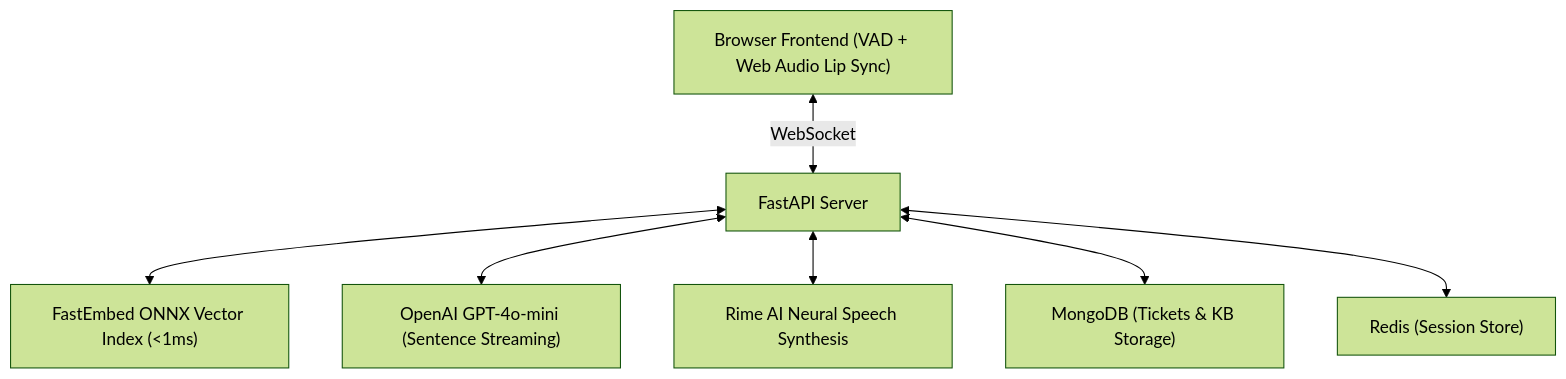
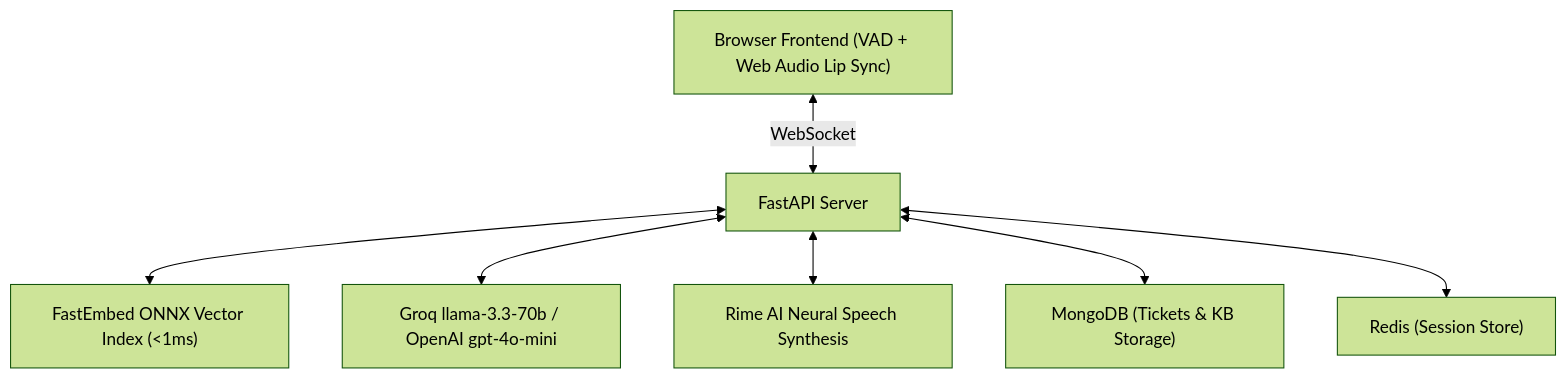
The diagram in README.md (RajaThapak/VoxAssist), drawn with Mermaid (forest theme) before and after one commit. The commit also changed other lines of this file and 6 other files, not shown here.

````diff
--- a/README.md
+++ b/README.md
@@ -24,9 +24,9 @@
 ```mermaid
 flowchart TD
     Client["Browser Frontend (VAD + Web Audio Lip Sync)"] <-->|WebSocket| WS["FastAPI Server"]
     WS <--> RAG["FastEmbed ONNX Vector Index (<1ms)"]
-    WS <--> LLM["OpenAI GPT-4o-mini (Sentence Streaming)"]
+    WS <--> LLM["Groq llama-3.3-70b / OpenAI gpt-4o-mini"]
     WS <--> TTS["Rime AI Neural Speech Synthesis"]
     WS <--> MONGO["MongoDB (Tickets & KB Storage)"]
     WS <--> REDIS["Redis (Session Store)"]
 ```
````
